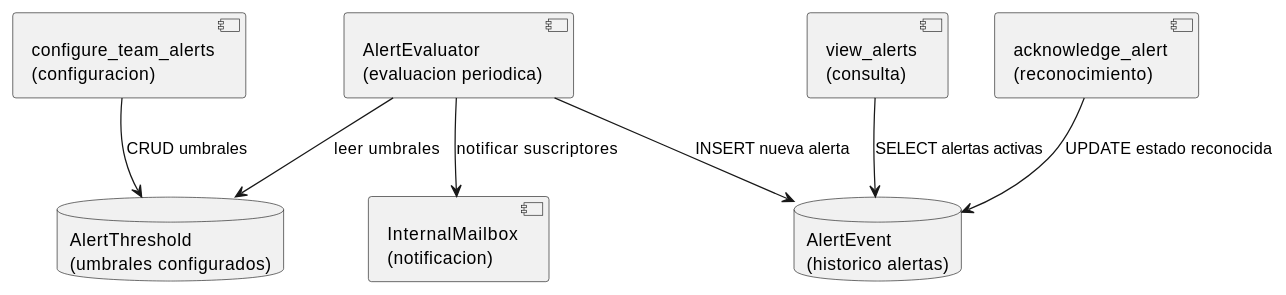
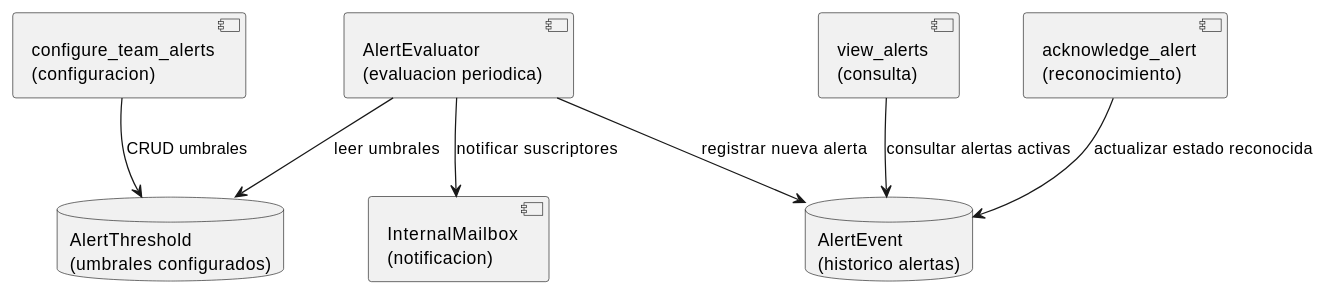
One commit to jcg-admin/IACT-docs changed the diagram in source/arquitectura-tecnica/modulos/alerts/diagramas/componentes-mod-alerts.rst. Above: the diagram before and after it, drawn with PlantUML. The commit also changed 48 other files, not shown here.

```diff
--- a/source/arquitectura-tecnica/modulos/alerts/diagramas/componentes-mod-alerts.rst
+++ b/source/arquitectura-tecnica/modulos/alerts/diagramas/componentes-mod-alerts.rst
@@ -22,22 +22,22 @@
 .. uml::
  :caption: Componentes de MOD_Alerts y sus dependencias.
 
  @startuml
 
  component "AlertEvaluator\n(evaluacion periodica)" as Alertevaluator
  component "configure_team_alerts\n(configuracion)" as configure_team_alerts
  component "view_alerts\n(consulta)" as VIEW
  component "acknowledge_alert\n(reconocimiento)" as acknowledge_alert
  component "InternalMailbox\n(notificacion)" as Internalmailbox
 
  database "AlertThreshold\n(umbrales configurados)" as Alertthreshold
  database "AlertEvent\n(historico alertas)" as HIST
 
  configure_team_alerts --> Alertthreshold : CRUD umbrales
  Alertevaluator --> Alertthreshold : leer umbrales
- Alertevaluator --> HIST : INSERT nueva alerta
+ Alertevaluator --> HIST : registrar nueva alerta
  Alertevaluator --> Internalmailbox : notificar suscriptores
- VIEW --> HIST : SELECT alertas activas
- acknowledge_alert --> HIST : UPDATE estado reconocida
+ VIEW --> HIST : consultar alertas activas
+ acknowledge_alert --> HIST : actualizar estado reconocida
 
  @enduml
```
